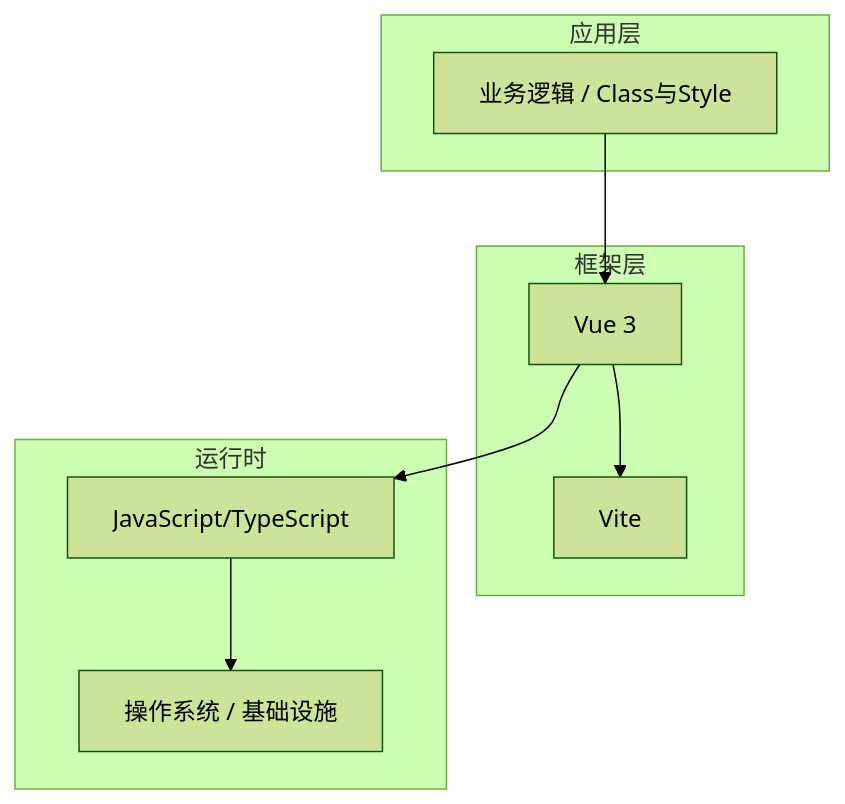
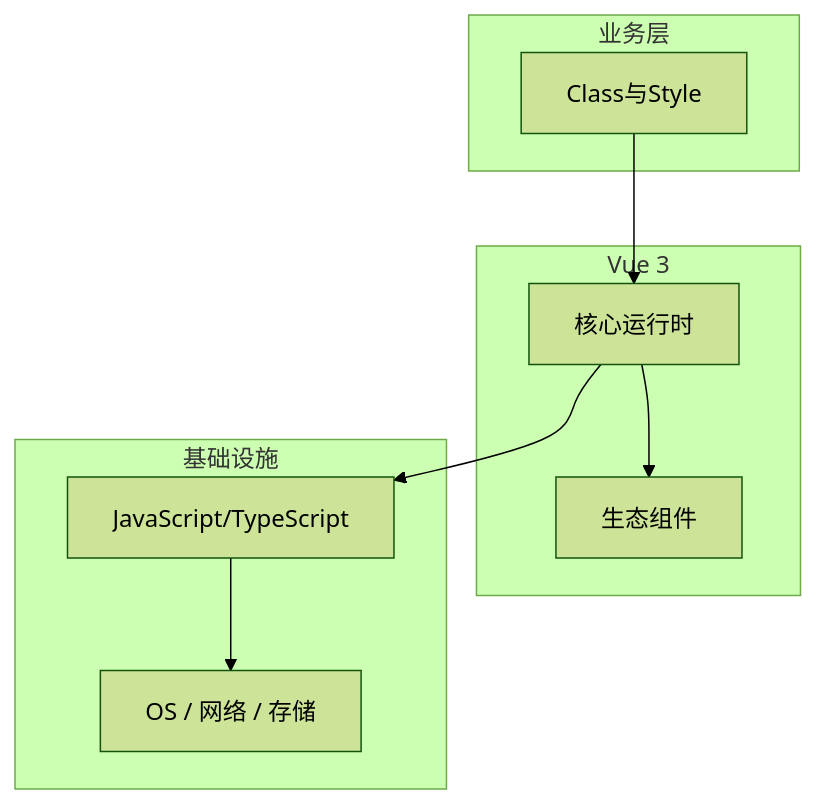
The diagram in articles/Vue/chapters/029-Class与Style核心概念与原理.md (yanggan2015/knowledge-json-v2), drawn with Mermaid (forest theme) before and after one commit. The commit also changed other lines of this file and 10127 other files, not shown here.

````diff
--- a/articles/Vue/chapters/029-Class与Style核心概念与原理.md
+++ b/articles/Vue/chapters/029-Class与Style核心概念与原理.md
@@ -45,18 +34,18 @@
 ```mermaid
 graph TB
-    subgraph 应用层
-        A[业务逻辑 / Class与Style]
+    subgraph 业务层
+        A[Class与Style]
     end
-    subgraph 框架层
-        B[Vue 3]
-        C[Vite]
+    subgraph Vue 3
+        B[核心运行时]
+        C[生态组件]
     end
-    subgraph 运行时
+    subgraph 基础设施
         D[JavaScript/TypeScript]
-        E[操作系统 / 基础设施]
+        E[OS / 网络 / 存储]
     end
     A --> B
     B --> C
     B --> D
     D --> E
 ```
````
